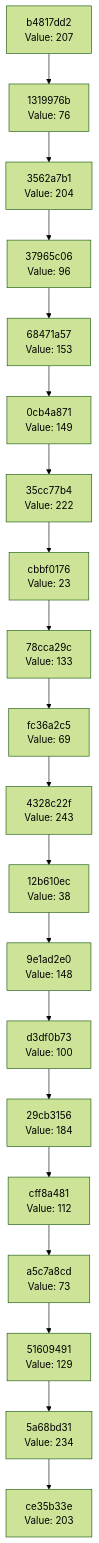
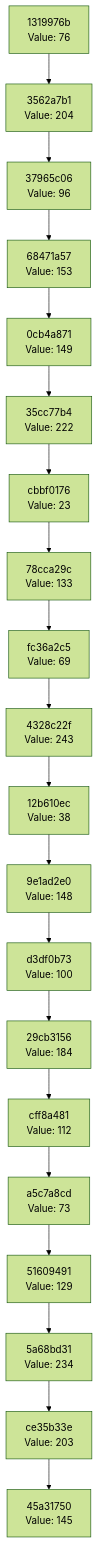
Before and after one commit to Abhisheksinha1506/hash-chain-evolver: the diagram in docs/CHAIN_VISUALIZATION.md, drawn with Mermaid (forest theme). The commit also changed 2 other files, not shown here.

Commit message:
Evolution step: hash 0x91 → action executed

````diff
--- a/docs/CHAIN_VISUALIZATION.md
+++ b/docs/CHAIN_VISUALIZATION.md
@@ -3,42 +3,42 @@
 ```mermaid
 graph TD
-    C0["ce35b33e<br/>Value: 203"]
-    C1["5a68bd31<br/>Value: 234"]
+    C0["45a31750<br/>Value: 145"]
+    C1["ce35b33e<br/>Value: 203"]
     C1 --> C0
-    C2["51609491<br/>Value: 129"]
+    C2["5a68bd31<br/>Value: 234"]
     C2 --> C1
-    C3["a5c7a8cd<br/>Value: 73"]
+    C3["51609491<br/>Value: 129"]
     C3 --> C2
-    C4["cff8a481<br/>Value: 112"]
+    C4["a5c7a8cd<br/>Value: 73"]
     C4 --> C3
-    C5["29cb3156<br/>Value: 184"]
+    C5["cff8a481<br/>Value: 112"]
     C5 --> C4
-    C6["d3df0b73<br/>Value: 100"]
+    C6["29cb3156<br/>Value: 184"]
     C6 --> C5
-    C7["9e1ad2e0<br/>Value: 148"]
+    C7["d3df0b73<br/>Value: 100"]
     C7 --> C6
-    C8["12b610ec<br/>Value: 38"]
+    C8["9e1ad2e0<br/>Value: 148"]
     C8 --> C7
-    C9["4328c22f<br/>Value: 243"]
+    C9["12b610ec<br/>Value: 38"]
     C9 --> C8
-    C10["fc36a2c5<br/>Value: 69"]
+    C10["4328c22f<br/>Value: 243"]
     C10 --> C9
-    C11["78cca29c<br/>Value: 133"]
+    C11["fc36a2c5<br/>Value: 69"]
     C11 --> C10
-    C12["cbbf0176<br/>Value: 23"]
+    C12["78cca29c<br/>Value: 133"]
     C12 --> C11
-    C13["35cc77b4<br/>Value: 222"]
+    C13["cbbf0176<br/>Value: 23"]
     C13 --> C12
-    C14["0cb4a871<br/>Value: 149"]
+    C14["35cc77b4<br/>Value: 222"]
     C14 --> C13
-    C15["68471a57<br/>Value: 153"]
+    C15["0cb4a871<br/>Value: 149"]
     C15 --> C14
-    C16["37965c06<br/>Value: 96"]
+    C16["68471a57<br/>Value: 153"]
     C16 --> C15
-    C17["3562a7b1<br/>Value: 204"]
+    C17["37965c06<br/>Value: 96"]
     C17 --> C16
-    C18["1319976b<br/>Value: 76"]
+    C18["3562a7b1<br/>Value: 204"]
     C18 --> C17
-    C19["b4817dd2<br/>Value: 207"]
+    C19["1319976b<br/>Value: 76"]
     C19 --> C18
 ```
````
